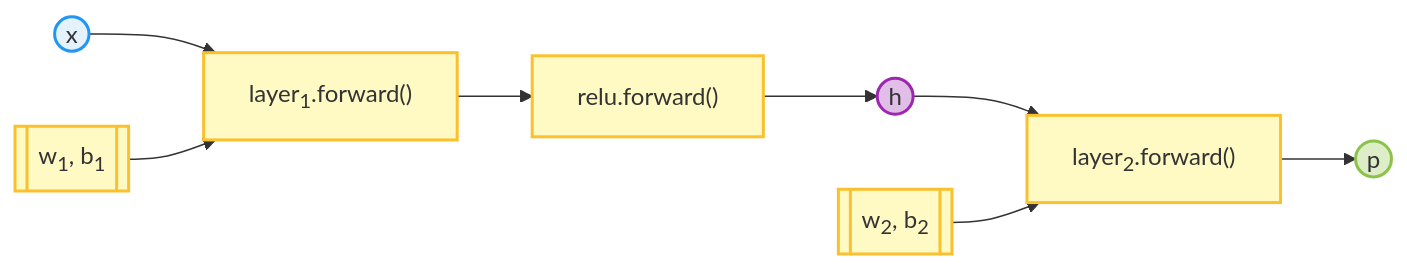
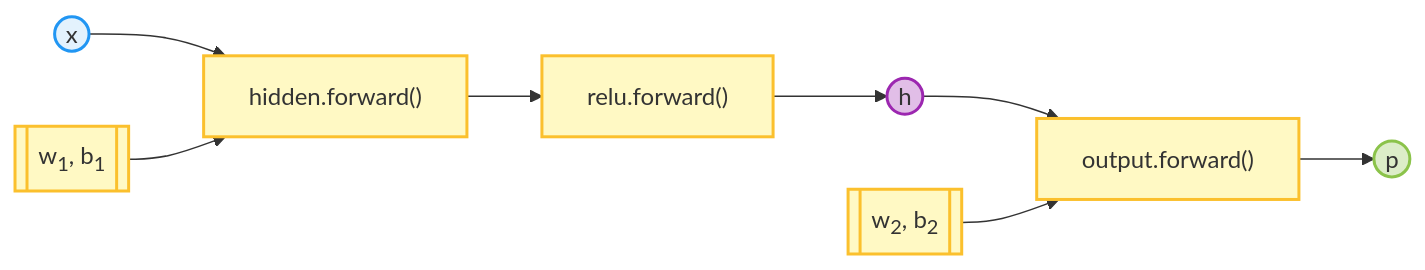
Before and after one commit to GPTmini/GPTmini: the diagram in mermaid-scripts/01-layer-relu-forward.mmd, drawn with Mermaid. The commit also changed 7 other files, not shown here.

```diff
--- a/mermaid-scripts/01-layer-relu-forward.mmd
+++ b/mermaid-scripts/01-layer-relu-forward.mmd
@@ -1,12 +1,12 @@
 flowchart LR
     classDef in fill:#E3F2FD,stroke:#2196F3,stroke-width:2px;
     classDef model fill:#FFF9C4,stroke:#FBC02D,stroke-width:2px;
     classDef data fill:#E1BEE7,stroke:#9C27B0,stroke-width:2px;
     classDef test fill:#F8BBD0,stroke:#E91E63,stroke-width:2px;
     classDef out fill:#DCEDC8,stroke:#8BC34A,stroke-width:2px;
     classDef skip stroke:#B0BEC5,stroke-width:2px,stroke-dasharray: 5 5;
 
-    X((x)):::in --> H["layer<sub>1</sub>.forward()"]:::model --> R["relu.forward()"]:::model --> M((h)):::data
-    M--> O["layer<sub>2</sub>.forward()"]:::model --> P((p)):::out
+    X((x)):::in --> H["hidden.forward()"]:::model --> R["relu.forward()"]:::model --> M((h)):::data
+    M--> O["output.forward()"]:::model --> P((p)):::out
     W1[[w<sub>1</sub>, b<sub>1</sub>]]:::model --> H
     W2[[w<sub>2</sub>, b<sub>2</sub>]]:::model --> O
```
